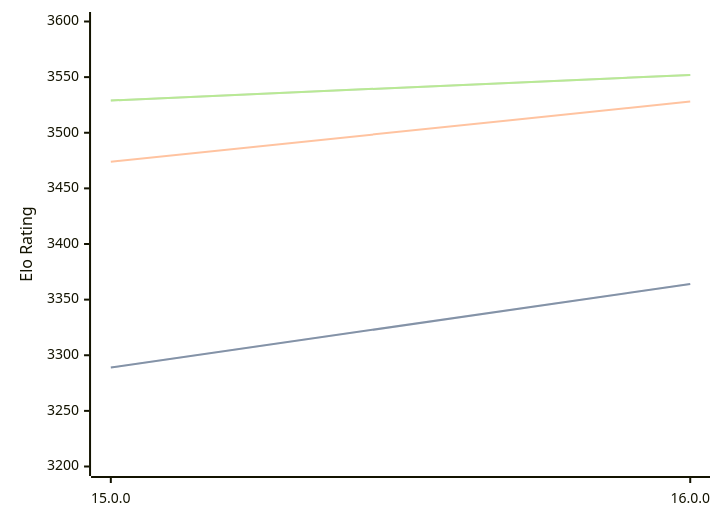
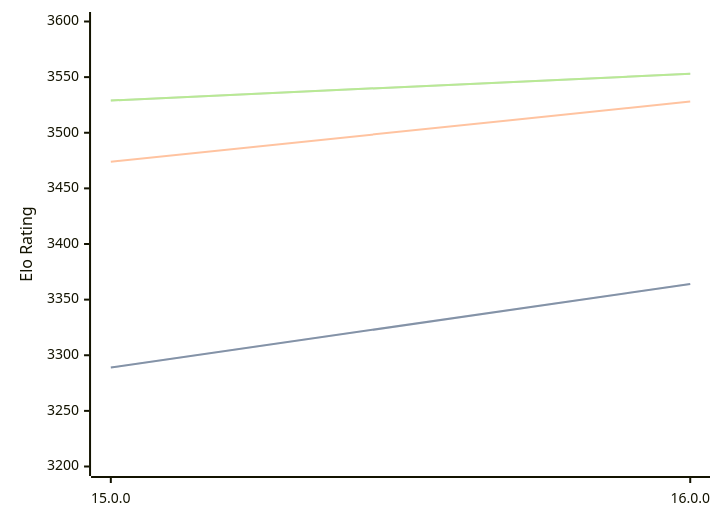
One commit to computer-chess-index/cci changed the diagram in engines/Halogen.md. Above: the diagram before and after it, drawn with Mermaid. The commit also changed other lines of this file, not shown here.

Commit message:
Update CCI Ratings (ELO VLTC) - 2026-09-05

````diff
--- a/engines/Halogen.md
+++ b/engines/Halogen.md
@@ -32,11 +32,11 @@
 ```mermaid
 %%{init: {"theme":"base","themeVariables":{"seriesColors:['#a3a3a3','#222221','#faa371']}}}%%
 xychart-beta
   x-axis ["15.0.0", "16.0.0"]
   y-axis "Elo Rating" 3200 --> 3600
   line "" [3289, 3364]
   line "STC (8.0+0.08s)" [3289, 3364]
   line "LTC (60.0+0.60s)" [3474, 3528]
-  line "" [3529, 3552]
-  line "VLTC (2m24s+1.12s)" [3529, 3552]
+  line "" [3529, 3553]
+  line "VLTC (2m24s+1.12s)" [3529, 3553]
 ```
````
